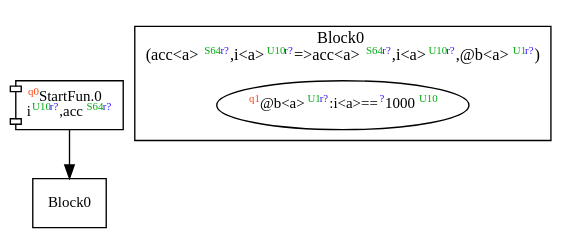
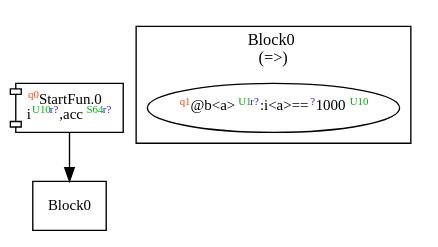
One commit to akouryy/SyntheScala changed the diagram in dist/accumulate.dot. Above: the diagram before and after it, drawn with Graphviz. The commit also changed 5 other files, not shown here.

```diff
--- a/dist/accumulate.dot
+++ b/dist/accumulate.dot
@@ -1,13 +1,13 @@
 digraph Program_ {
   graph [fontname = "Monaco", fontsize = 12, ranksep = 0.5];
   node [shape = box, fontname = "Monaco", fontsize = 11; colorscheme = pastel19];
   edge [fontname = "Monaco", fontsize = 11; colorscheme = pastel19];
   Jump0[label = <<font color="#ff4411" point-size="8"><sup>q0</sup></font>StartFun.0<br/>i<font color="#00aa11" point-size="8"><sup>U10</sup></font><font color="#3311ff" point-size="8"><sup>r?</sup></font>,acc<font color="#00aa11" point-size="8"><sup>S64</sup></font><font color="#3311ff" point-size="8"><sup>r?</sup></font>>; shape = component];
   Jump0 -> Block0;
   Block0 [label = "Block0"];
   subgraph cluster_dfg_Block0 {
     node [shape = oval];
-    label = <Block0<br/>(acc&lt;a&gt;<font color="#00aa11" point-size="8"><sup>S64</sup></font><font color="#3311ff" point-size="8"><sup>r?</sup></font>,i&lt;a&gt;<font color="#00aa11" point-size="8"><sup>U10</sup></font><font color="#3311ff" point-size="8"><sup>r?</sup></font>=&gt;acc&lt;a&gt;<font color="#00aa11" point-size="8"><sup>S64</sup></font><font color="#3311ff" point-size="8"><sup>r?</sup></font>,i&lt;a&gt;<font color="#00aa11" point-size="8"><sup>U10</sup></font><font color="#3311ff" point-size="8"><sup>r?</sup></font>,@b&lt;a&gt;<font color="#00aa11" point-size="8"><sup>U1</sup></font><font color="#3311ff" point-size="8"><sup>r?</sup></font>)>;
+    label = <Block0<br/>(=&gt;)>;
     1 [label=<<font color="#ff4411" point-size="8"><sup>q1</sup></font>@b&lt;a&gt;<font color="#00aa11" point-size="8"><sup>U1</sup></font><font color="#3311ff" point-size="8"><sup>r?</sup></font>:i&lt;a&gt;==<font color="#3311ff" point-size="8"><sup>?</sup></font>1000<font color="#00aa11" point-size="8"><sup>U10</sup></font>>];
   }
 }
```
